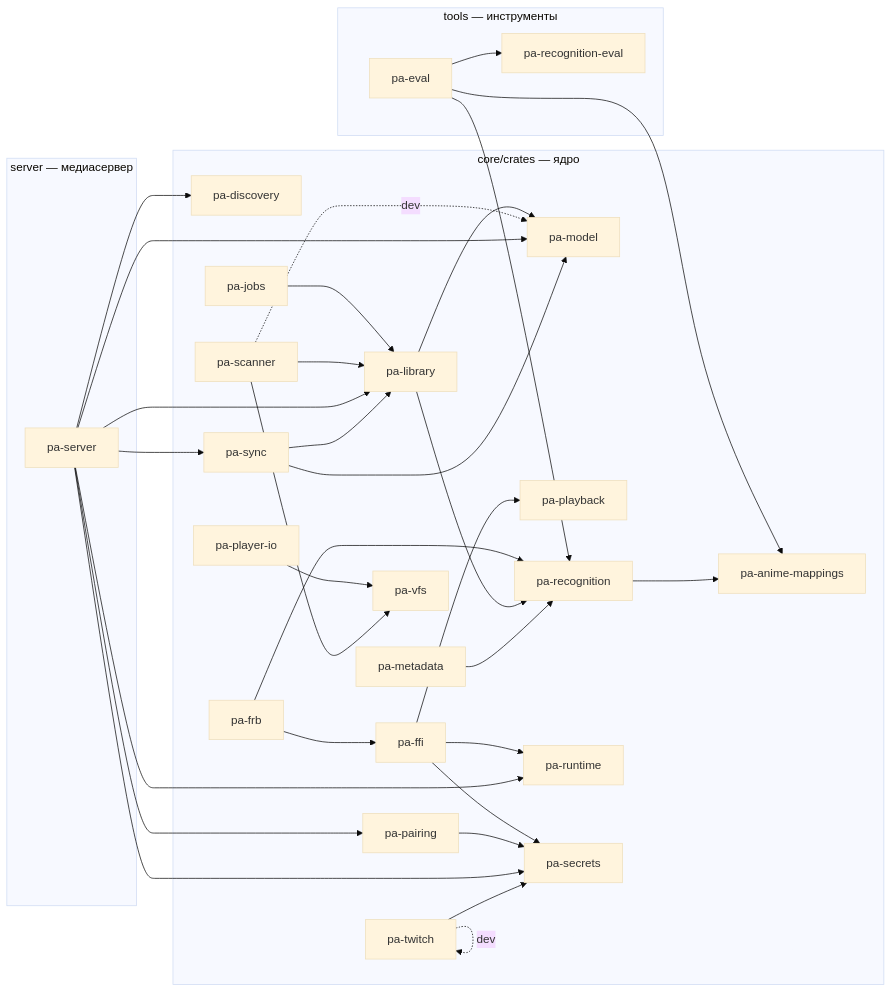
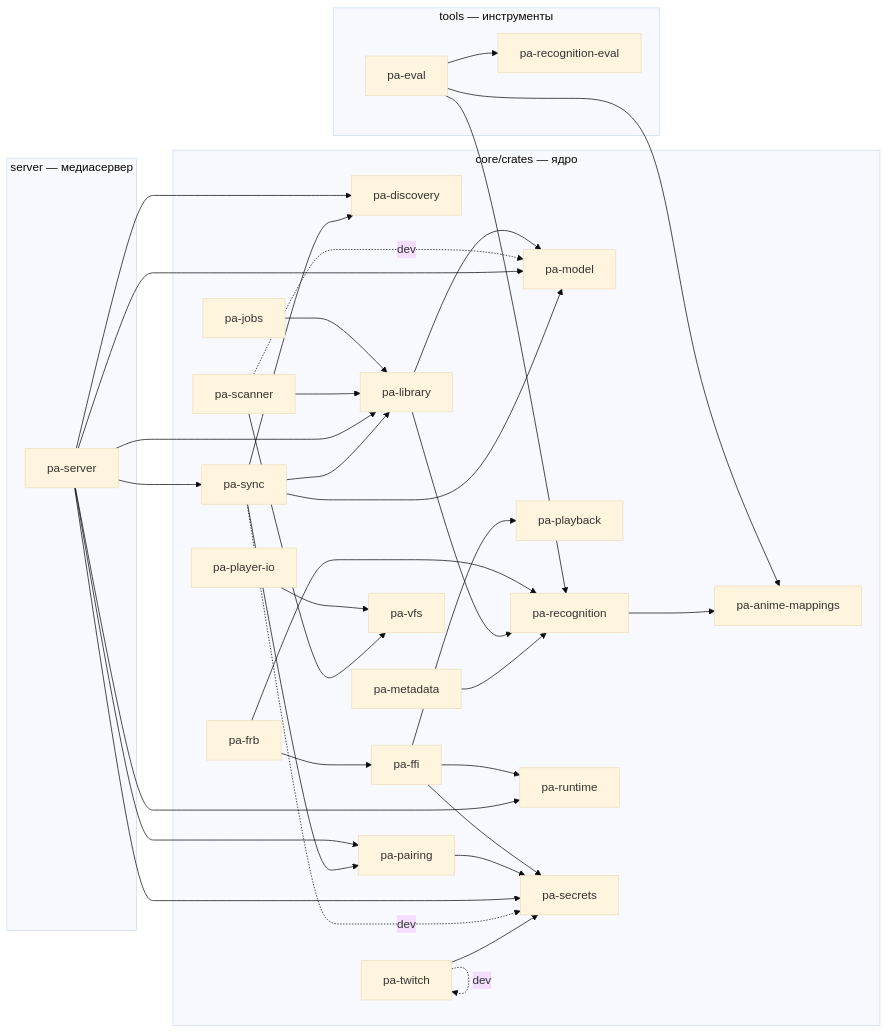
Before and after one commit to DenisHumen/project_alpha: the diagram in docs/dev/crate-graph.md, drawn with Mermaid (base theme). The commit also changed other lines of this file and 3 other files, not shown here.

````diff
--- a/docs/dev/crate-graph.md
+++ b/docs/dev/crate-graph.md
@@ -12,59 +12,62 @@
 ```mermaid
 flowchart LR
   subgraph g0["core/crates — ядро"]
     pa_anime_mappings["pa-anime-mappings"]
     pa_discovery["pa-discovery"]
     pa_ffi["pa-ffi"]
     pa_frb["pa-frb"]
     pa_jobs["pa-jobs"]
     pa_library["pa-library"]
     pa_metadata["pa-metadata"]
     pa_model["pa-model"]
     pa_pairing["pa-pairing"]
     pa_playback["pa-playback"]
     pa_player_io["pa-player-io"]
     pa_recognition["pa-recognition"]
     pa_runtime["pa-runtime"]
     pa_scanner["pa-scanner"]
     pa_secrets["pa-secrets"]
     pa_sync["pa-sync"]
     pa_twitch["pa-twitch"]
     pa_vfs["pa-vfs"]
   end
   subgraph g1["server — медиасервер"]
     pa_server["pa-server"]
   end
   subgraph g2["tools — инструменты"]
     pa_eval["pa-eval"]
     pa_recognition_eval["pa-recognition-eval"]
   end
   pa_eval --> pa_anime_mappings
   pa_eval --> pa_recognition
   pa_eval --> pa_recognition_eval
   pa_ffi --> pa_playback
   pa_ffi --> pa_runtime
   pa_ffi --> pa_secrets
   pa_frb --> pa_ffi
   pa_frb --> pa_recognition
   pa_jobs --> pa_library
   pa_library --> pa_model
   pa_library --> pa_recognition
   pa_metadata --> pa_recognition
   pa_pairing --> pa_secrets
   pa_player_io --> pa_vfs
   pa_recognition --> pa_anime_mappings
   pa_scanner --> pa_library
   pa_scanner -. dev .-> pa_model
   pa_scanner --> pa_vfs
   pa_server --> pa_discovery
   pa_server --> pa_library
   pa_server --> pa_model
   pa_server --> pa_pairing
   pa_server --> pa_runtime
   pa_server --> pa_secrets
   pa_server --> pa_sync
+  pa_sync --> pa_discovery
   pa_sync --> pa_library
   pa_sync --> pa_model
+  pa_sync --> pa_pairing
+  pa_sync -. dev .-> pa_secrets
   pa_twitch --> pa_secrets
   pa_twitch -. dev .-> pa_twitch
 ```
````
